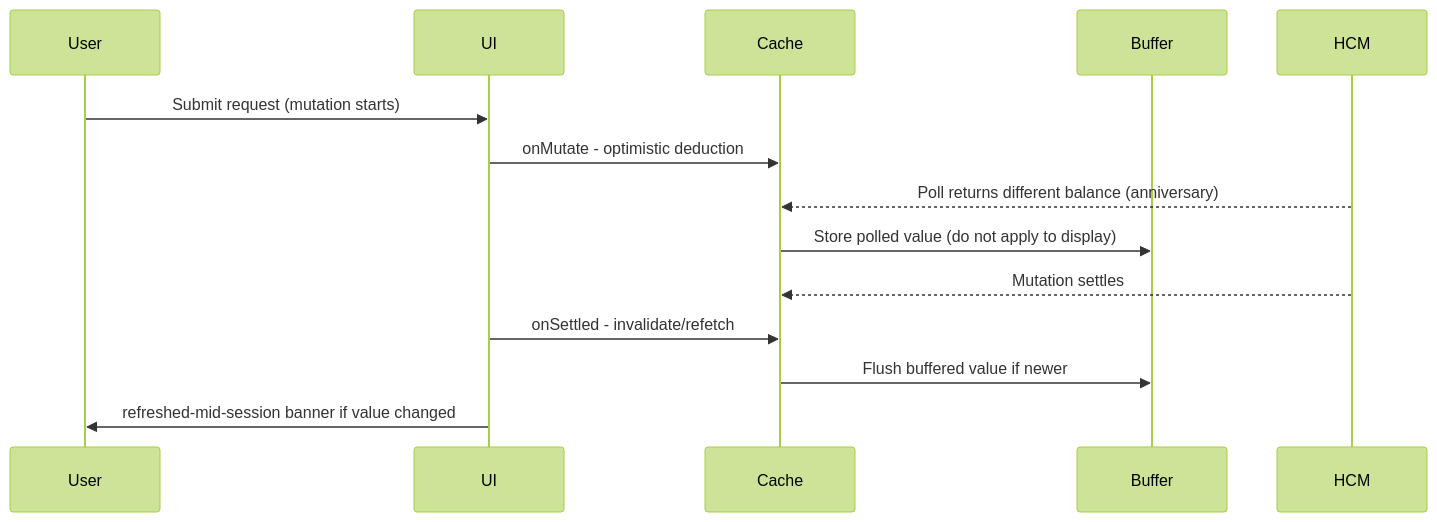
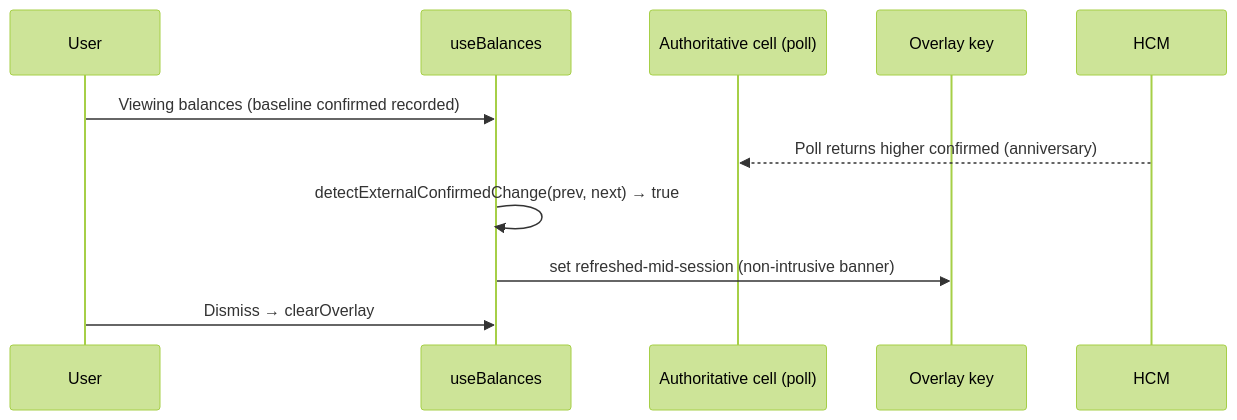
Before and after one commit to iAnas19/timeoff-portal: the second of 2 diagrams in docs/TRD.md, drawn with Mermaid (forest theme). The commit also changed other lines of this file and 49 other files, not shown here.

````diff
--- a/docs/TRD.md
+++ b/docs/TRD.md
@@ -177,17 +192,14 @@
 ```mermaid
 sequenceDiagram
   participant User
-  participant UI
-  participant Cache
-  participant Buffer
+  participant Hook as useBalances
+  participant Cache as Authoritative cell (poll)
+  participant Overlay as Overlay key
   participant HCM
 
-  User->>UI: Submit request (mutation starts)
-  UI->>Cache: onMutate - optimistic deduction
-  HCM-->>Cache: Poll returns different balance (anniversary)
-  Cache->>Buffer: Store polled value (do not apply to display)
-  HCM-->>Cache: Mutation settles
-  UI->>Cache: onSettled - invalidate/refetch
-  Cache->>Buffer: Flush buffered value if newer
-  UI->>User: refreshed-mid-session banner if value changed
+  User->>Hook: Viewing balances (baseline confirmed recorded)
+  HCM-->>Cache: Poll returns higher confirmed (anniversary)
+  Hook->>Hook: detectExternalConfirmedChange(prev, next) → true
+  Hook->>Overlay: set refreshed-mid-session (non-intrusive banner)
+  User->>Hook: Dismiss → clearOverlay
 ```
````
